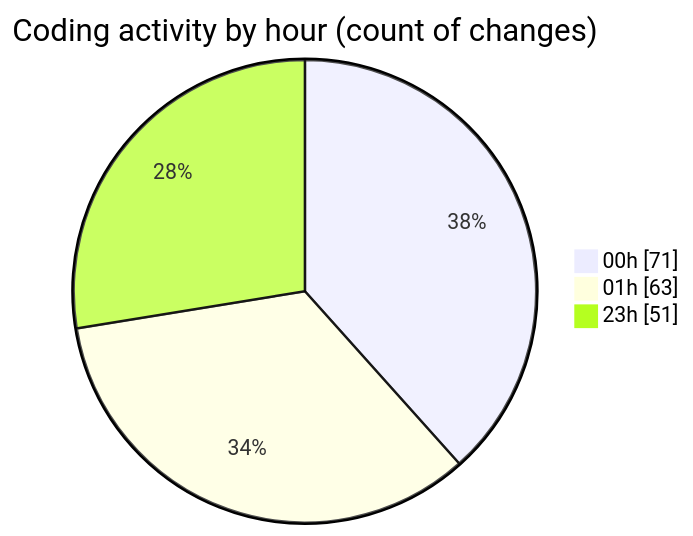
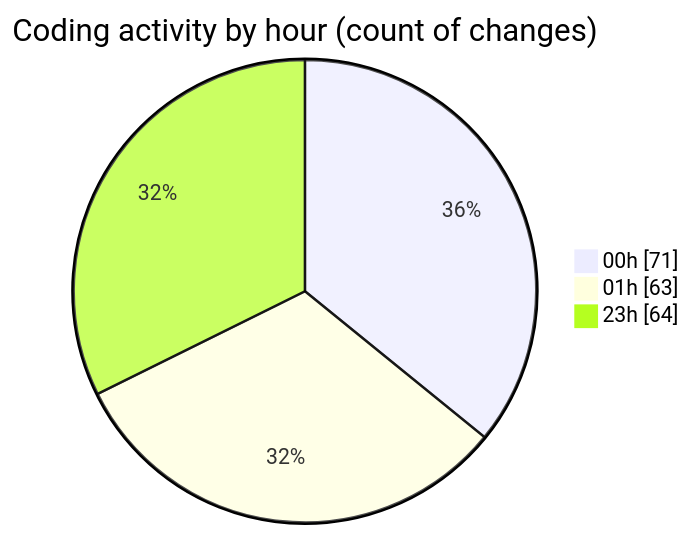
One commit to Ritupan-Deka/code-tracking changed the second of 2 diagrams in 2025-07-17/mern-workoutboard/README.md. Above: the diagram before and after it, drawn with Mermaid. The commit also changed other lines of this file and 1 other file, not shown here.

````diff
--- a/2025-07-17/mern-workoutboard/README.md
+++ b/2025-07-17/mern-workoutboard/README.md
@@ -31,7 +31,7 @@
 ```mermaid
 pie showData
 title Coding activity by hour (count of changes)
 "00h" : 71
 "01h" : 63
-"23h" : 51
+"23h" : 64
 ```
````
